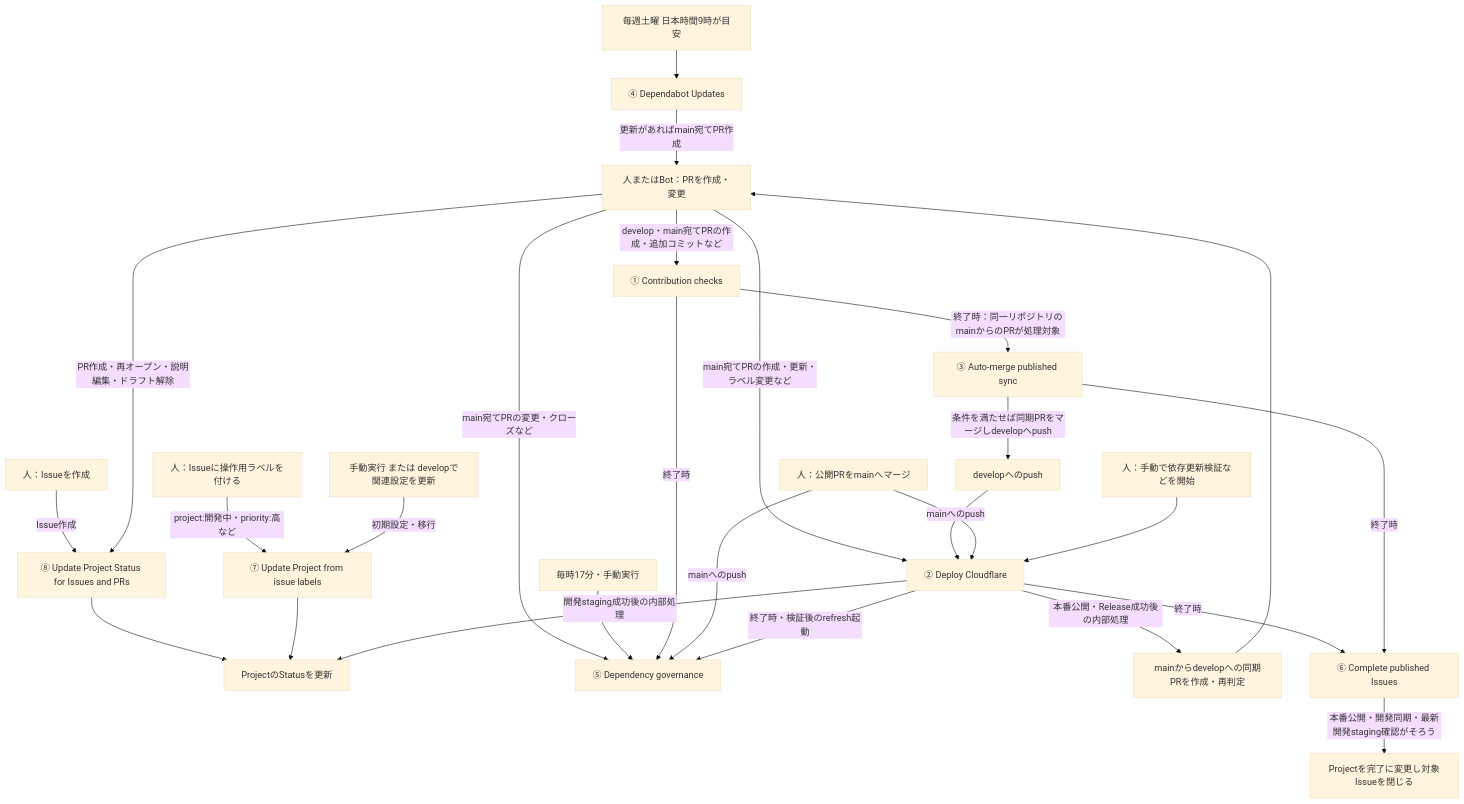
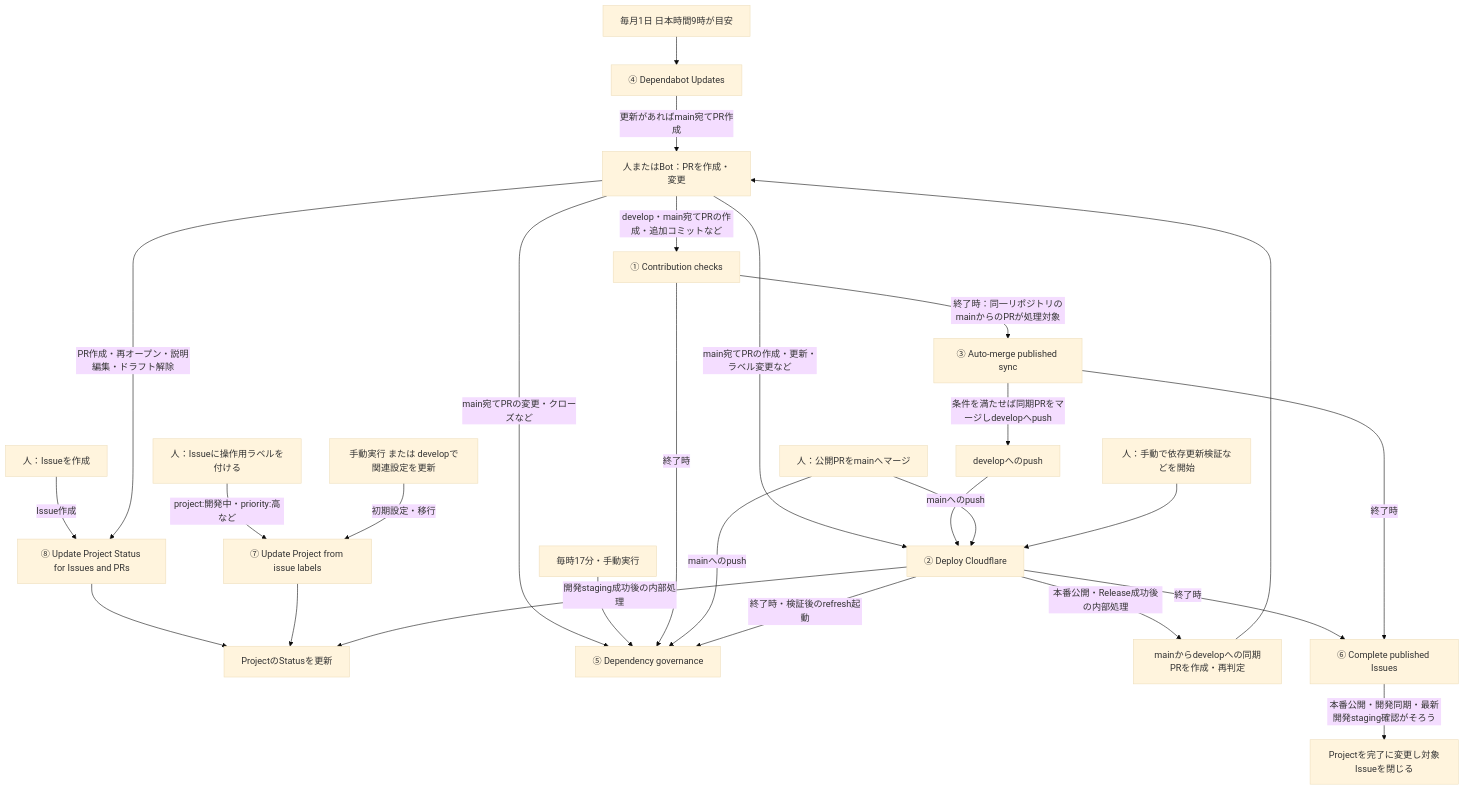
Before and after one commit to keisuke0322/tsuri-kiroku: the first of 5 diagrams in docs/workflows.md, drawn with Mermaid (base theme). The commit also changed other lines of this file and 2 other files, not shown here.

Commit message:
chore: check Dependabot version updates monthly

````diff
--- a/docs/workflows.md
+++ b/docs/workflows.md
@@ -13,31 +13,31 @@
 ```mermaid
 flowchart TD
     issue[人：Issueを作成] -->|Issue作成| status[⑧ Update Project Status for Issues and PRs]
     pr[人またはBot：PRを作成・変更] -->|PR作成・再オープン・説明編集・ドラフト解除| status
     status --> project[ProjectのStatusを更新]
     label[人：Issueに操作用ラベルを付ける] -->|project:開発中・priority:高など| labels[⑦ Update Project from issue labels]
     labels --> project
     init[手動実行 または developで関連設定を更新] -->|初期設定・移行| labels
 
-    weekly[毎週土曜 日本時間9時が目安] --> bot[④ Dependabot Updates]
+    monthly[毎月1日 日本時間9時が目安] --> bot[④ Dependabot Updates]
     bot -->|更新があればmain宛てPR作成| pr
     pr -->|develop・main宛てPRの作成・追加コミットなど| ci[① Contribution checks]
     pr -->|main宛てPRの作成・更新・ラベル変更など| deploy[② Deploy Cloudflare]
     pr -->|main宛てPRの変更・クローズなど| gov[⑤ Dependency governance]
     periodic[毎時17分・手動実行] --> gov
     ci -->|終了時| gov
     ci -->|終了時：同一リポジトリのmainからのPRが処理対象| sync[③ Auto-merge published sync]
 
     devpush[developへのpush] --> deploy
     mainpush[人：公開PRをmainへマージ] -->|mainへのpush| deploy
     mainpush -->|mainへのpush| gov
     manual[人：手動で依存更新検証などを開始] --> deploy
     deploy -->|終了時・検証後のrefresh起動| gov
     deploy -->|本番公開・Release成功後の内部処理| syncpr[mainからdevelopへの同期PRを作成・再判定]
     syncpr --> pr
     sync -->|条件を満たせば同期PRをマージしdevelopへpush| devpush
     deploy -->|開発staging成功後の内部処理| project
     deploy -->|終了時| complete[⑥ Complete published Issues]
     sync -->|終了時| complete
     complete -->|本番公開・開発同期・最新開発staging確認がそろう| done[Projectを完了に変更し対象Issueを閉じる]
 ```
````
